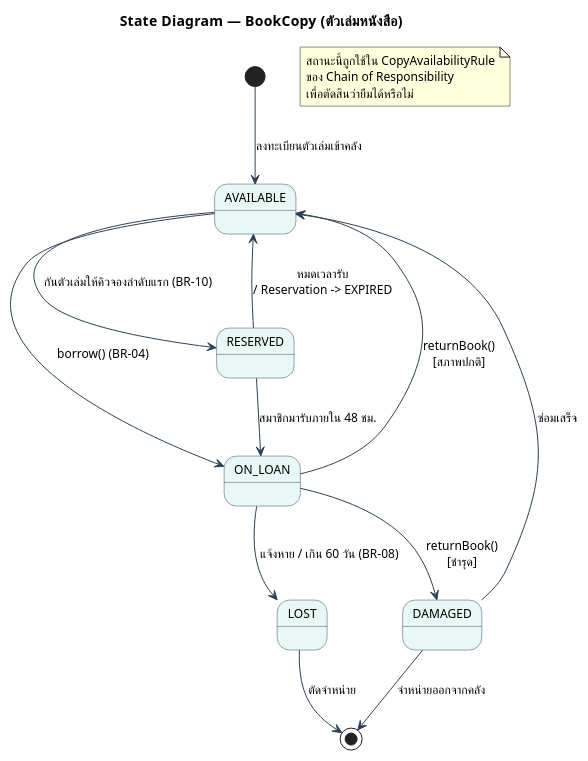
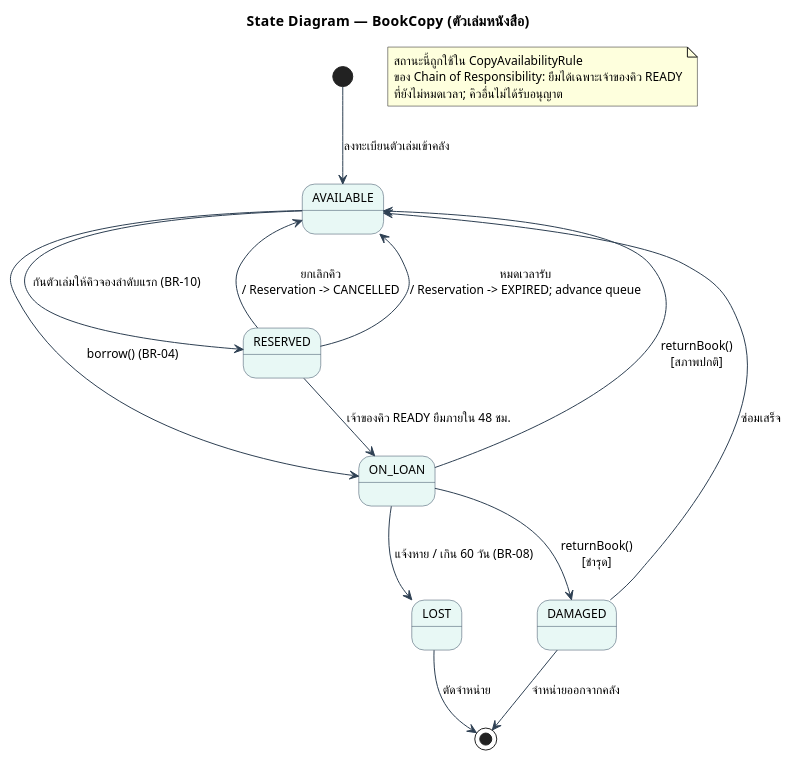
The diagram in doc/diagrams/10-state-bookcopy.puml (boatrocl/library_book_management), drawn with PlantUML before and after one commit. The commit also changed 104 other files, not shown here.

```diff
--- a/doc/diagrams/10-state-bookcopy.puml
+++ b/doc/diagrams/10-state-bookcopy.puml
@@ -1,35 +1,36 @@
 @startuml 10-state-bookcopy
 title State Diagram — BookCopy (ตัวเล่มหนังสือ)
 
 skinparam defaultFontName "Tahoma"
 skinparam defaultFontSize 12
 skinparam shadowing false
 skinparam state {
   BackgroundColor #E8F8F5
   BorderColor #34495E
   ArrowColor #2E4053
 }
 
 [*] --> AVAILABLE : ลงทะเบียนตัวเล่มเข้าคลัง
 
 AVAILABLE --> ON_LOAN : borrow() (BR-04)
 AVAILABLE --> RESERVED : กันตัวเล่มให้คิวจองลำดับแรก (BR-10)
 
-RESERVED --> ON_LOAN : สมาชิกมารับภายใน 48 ชม.
-RESERVED --> AVAILABLE : หมดเวลารับ\n/ Reservation -> EXPIRED
+RESERVED --> ON_LOAN : เจ้าของคิว READY ยืมภายใน 48 ชม.
+RESERVED --> AVAILABLE : ยกเลิกคิว\n/ Reservation -> CANCELLED
+RESERVED --> AVAILABLE : หมดเวลารับ\n/ Reservation -> EXPIRED; advance queue
 
 ON_LOAN --> AVAILABLE : returnBook()\n[สภาพปกติ]
 ON_LOAN --> DAMAGED : returnBook()\n[ชำรุด]
 ON_LOAN --> LOST : แจ้งหาย / เกิน 60 วัน (BR-08)
 
 DAMAGED --> AVAILABLE : ซ่อมเสร็จ
 DAMAGED --> [*] : จำหน่ายออกจากคลัง
 LOST --> [*] : ตัดจำหน่าย
 
 note as N1
   สถานะนี้ถูกใช้ใน CopyAvailabilityRule
-  ของ Chain of Responsibility
-  เพื่อตัดสินว่ายืมได้หรือไม่
+  ของ Chain of Responsibility: ยืมได้เฉพาะเจ้าของคิว READY
+  ที่ยังไม่หมดเวลา; คิวอื่นไม่ได้รับอนุญาต
 end note
 
 @enduml
```
